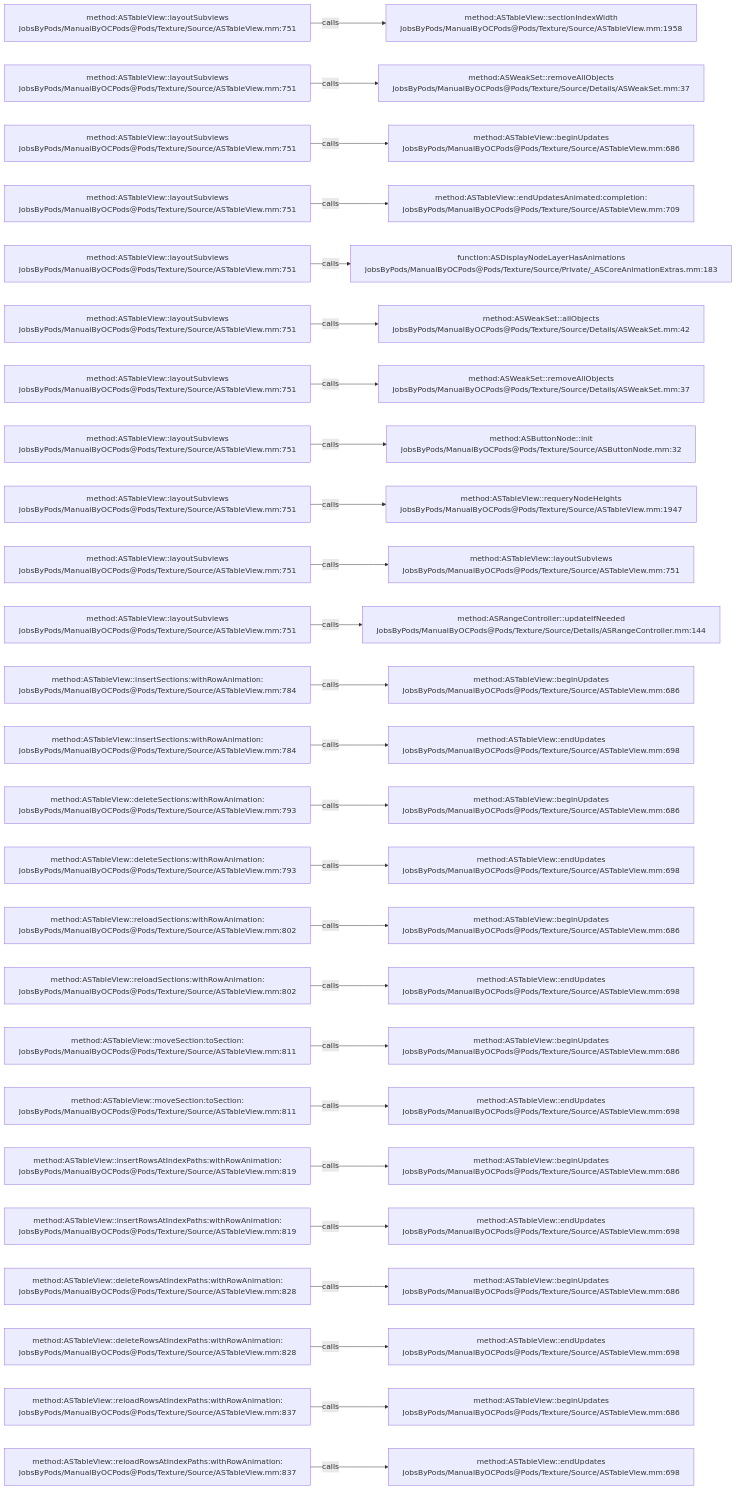
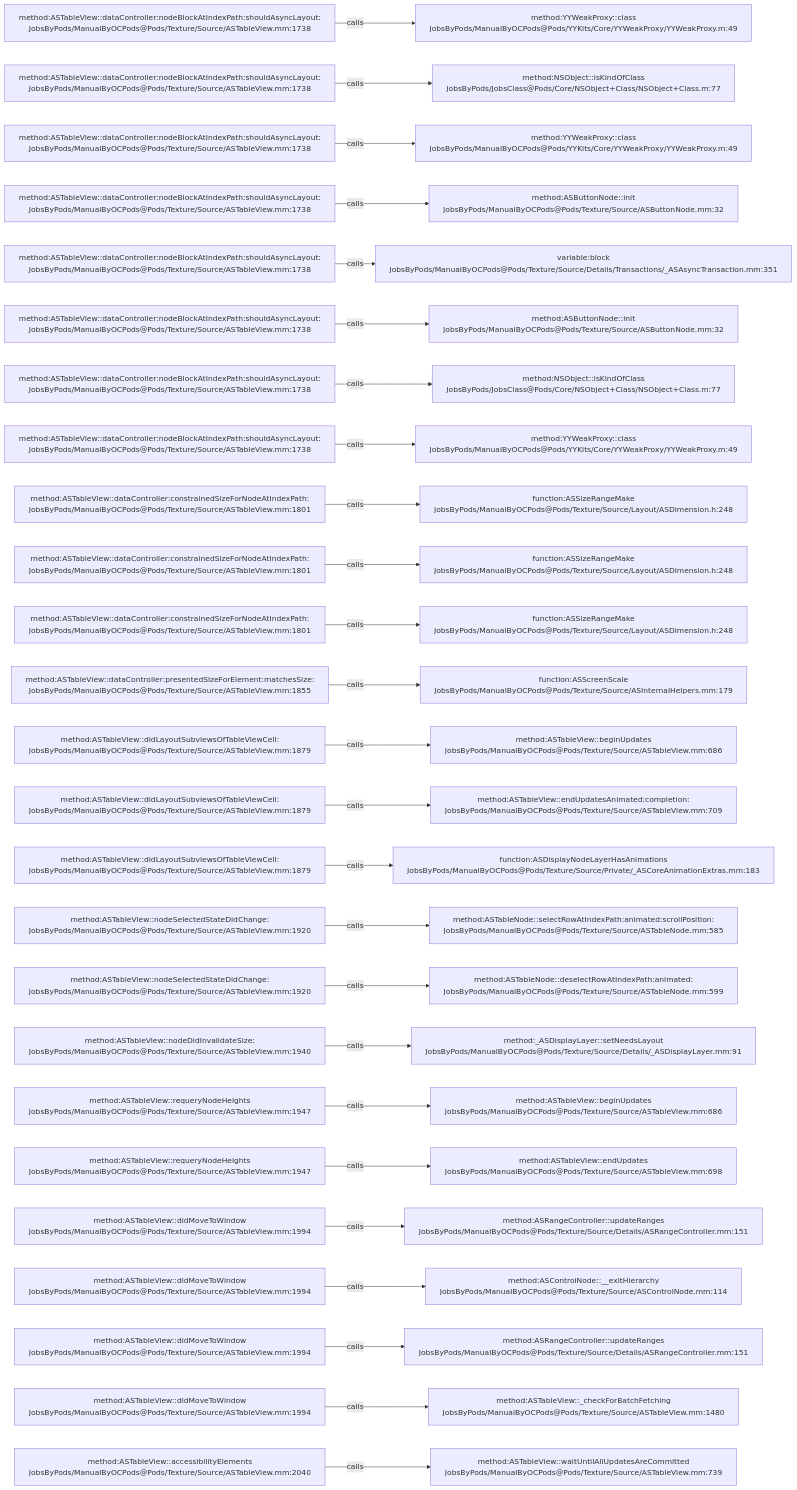
Before and after one commit to JobsKits/JobsOCBaseConfigDemo: the diagram in .codegraph/codegraph.md/graphs/calls-129.md, drawn with Mermaid. The commit also changed 1353 other files, not shown here.

````diff
--- a/.codegraph/codegraph.md/graphs/calls-129.md
+++ b/.codegraph/codegraph.md/graphs/calls-129.md
@@ -13,78 +13,78 @@
 ```mermaid
 flowchart LR
-  S1["method:ASTableView::layoutSubviews<br/>JobsByPods/ManualByOCPods@Pods/Texture/Source/ASTableView.mm:751"]
-  T1["method:ASTableView::sectionIndexWidth<br/>JobsByPods/ManualByOCPods@Pods/Texture/Source/ASTableView.mm:1958"]
+  S1["method:ASTableView::dataController:nodeBlockAtIndexPath:shouldAsyncLayout:<br/>JobsByPods/ManualByOCPods@Pods/Texture/Source/ASTableView.mm:1738"]
+  T1["method:YYWeakProxy::class<br/>JobsByPods/ManualByOCPods@Pods/YYKits/Core/YYWeakProxy/YYWeakProxy.m:49"]
   S1 -->|calls| T1
-  S2["method:ASTableView::layoutSubviews<br/>JobsByPods/ManualByOCPods@Pods/Texture/Source/ASTableView.mm:751"]
-  T2["method:ASWeakSet::removeAllObjects<br/>JobsByPods/ManualByOCPods@Pods/Texture/Source/Details/ASWeakSet.mm:37"]
+  S2["method:ASTableView::dataController:nodeBlockAtIndexPath:shouldAsyncLayout:<br/>JobsByPods/ManualByOCPods@Pods/Texture/Source/ASTableView.mm:1738"]
+  T2["method:NSObject::isKindOfClass<br/>JobsByPods/JobsClass@Pods/Core/NSObject+Class/NSObject+Class.m:77"]
   S2 -->|calls| T2
-  S3["method:ASTableView::layoutSubviews<br/>JobsByPods/ManualByOCPods@Pods/Texture/Source/ASTableView.mm:751"]
-  T3["method:ASTableView::beginUpdates<br/>JobsByPods/ManualByOCPods@Pods/Texture/Source/ASTableView.mm:686"]
+  S3["method:ASTableView::dataController:nodeBlockAtIndexPath:shouldAsyncLayout:<br/>JobsByPods/ManualByOCPods@Pods/Texture/Source/ASTableView.mm:1738"]
+  T3["method:YYWeakProxy::class<br/>JobsByPods/ManualByOCPods@Pods/YYKits/Core/YYWeakProxy/YYWeakProxy.m:49"]
   S3 -->|calls| T3
-  S4["method:ASTableView::layoutSubviews<br/>JobsByPods/ManualByOCPods@Pods/Texture/Source/ASTableView.mm:751"]
-  T4["method:ASTableView::endUpdatesAnimated:completion:<br/>JobsByPods/ManualByOCPods@Pods/Texture/Source/ASTableView.mm:709"]
+  S4["method:ASTableView::dataController:nodeBlockAtIndexPath:shouldAsyncLayout:<br/>JobsByPods/ManualByOCPods@Pods/Texture/Source/ASTableView.mm:1738"]
+  T4["method:ASButtonNode::init<br/>JobsByPods/ManualByOCPods@Pods/Texture/Source/ASButtonNode.mm:32"]
   S4 -->|calls| T4
-  S5["method:ASTableView::layoutSubviews<br/>JobsByPods/ManualByOCPods@Pods/Texture/Source/ASTableView.mm:751"]
-  T5["function:ASDisplayNodeLayerHasAnimations<br/>JobsByPods/ManualByOCPods@Pods/Texture/Source/Private/_ASCoreAnimationExtras.mm:183"]
+  S5["method:ASTableView::dataController:nodeBlockAtIndexPath:shouldAsyncLayout:<br/>JobsByPods/ManualByOCPods@Pods/Texture/Source/ASTableView.mm:1738"]
+  T5["variable:block<br/>JobsByPods/ManualByOCPods@Pods/Texture/Source/Details/Transactions/_ASAsyncTransaction.mm:351"]
   S5 -->|calls| T5
-  S6["method:ASTableView::layoutSubviews<br/>JobsByPods/ManualByOCPods@Pods/Texture/Source/ASTableView.mm:751"]
-  T6["method:ASWeakSet::allObjects<br/>JobsByPods/ManualByOCPods@Pods/Texture/Source/Details/ASWeakSet.mm:42"]
+  S6["method:ASTableView::dataController:nodeBlockAtIndexPath:shouldAsyncLayout:<br/>JobsByPods/ManualByOCPods@Pods/Texture/Source/ASTableView.mm:1738"]
+  T6["method:ASButtonNode::init<br/>JobsByPods/ManualByOCPods@Pods/Texture/Source/ASButtonNode.mm:32"]
   S6 -->|calls| T6
-  S7["method:ASTableView::layoutSubviews<br/>JobsByPods/ManualByOCPods@Pods/Texture/Source/ASTableView.mm:751"]
-  T7["method:ASWeakSet::removeAllObjects<br/>JobsByPods/ManualByOCPods@Pods/Texture/Source/Details/ASWeakSet.mm:37"]
+  S7["method:ASTableView::dataController:nodeBlockAtIndexPath:shouldAsyncLayout:<br/>JobsByPods/ManualByOCPods@Pods/Texture/Source/ASTableView.mm:1738"]
+  T7["method:NSObject::isKindOfClass<br/>JobsByPods/JobsClass@Pods/Core/NSObject+Class/NSObject+Class.m:77"]
   S7 -->|calls| T7
-  S8["method:ASTableView::layoutSubviews<br/>JobsByPods/ManualByOCPods@Pods/Texture/Source/ASTableView.mm:751"]
-  T8["method:ASButtonNode::init<br/>JobsByPods/ManualByOCPods@Pods/Texture/Source/ASButtonNode.mm:32"]
+  S8["method:ASTableView::dataController:nodeBlockAtIndexPath:shouldAsyncLayout:<br/>JobsByPods/ManualByOCPods@Pods/Texture/Source/ASTableView.mm:1738"]
+  T8["method:YYWeakProxy::class<br/>JobsByPods/ManualByOCPods@Pods/YYKits/Core/YYWeakProxy/YYWeakProxy.m:49"]
   S8 -->|calls| T8
-  S9["method:ASTableView::layoutSubviews<br/>JobsByPods/ManualByOCPods@Pods/Texture/Source/ASTableView.mm:751"]
-  T9["method:ASTableView::requeryNodeHeights<br/>JobsByPods/ManualByOCPods@Pods/Texture/Source/ASTableView.mm:1947"]
+  S9["method:ASTableView::dataController:constrainedSizeForNodeAtIndexPath:<br/>JobsByPods/ManualByOCPods@Pods/Texture/Source/ASTableView.mm:1801"]
+  T9["function:ASSizeRangeMake<br/>JobsByPods/ManualByOCPods@Pods/Texture/Source/Layout/ASDimension.h:248"]
   S9 -->|calls| T9
-  S10["method:ASTableView::layoutSubviews<br/>JobsByPods/ManualByOCPods@Pods/Texture/Source/ASTableView.mm:751"]
-  T10["method:ASTableView::layoutSubviews<br/>JobsByPods/ManualByOCPods@Pods/Texture/Source/ASTableView.mm:751"]
+  S10["method:ASTableView::dataController:constrainedSizeForNodeAtIndexPath:<br/>JobsByPods/ManualByOCPods@Pods/Texture/Source/ASTableView.mm:1801"]
+  T10["function:ASSizeRangeMake<br/>JobsByPods/ManualByOCPods@Pods/Texture/Source/Layout/ASDimension.h:248"]
   S10 -->|calls| T10
-  S11["method:ASTableView::layoutSubviews<br/>JobsByPods/ManualByOCPods@Pods/Texture/Source/ASTableView.mm:751"]
-  T11["method:ASRangeController::updateIfNeeded<br/>JobsByPods/ManualByOCPods@Pods/Texture/Source/Details/ASRangeController.mm:144"]
+  S11["method:ASTableView::dataController:constrainedSizeForNodeAtIndexPath:<br/>JobsByPods/ManualByOCPods@Pods/Texture/Source/ASTableView.mm:1801"]
+  T11["function:ASSizeRangeMake<br/>JobsByPods/ManualByOCPods@Pods/Texture/Source/Layout/ASDimension.h:248"]
   S11 -->|calls| T11
-  S12["method:ASTableView::insertSections:withRowAnimation:<br/>JobsByPods/ManualByOCPods@Pods/Texture/Source/ASTableView.mm:784"]
-  T12["method:ASTableView::beginUpdates<br/>JobsByPods/ManualByOCPods@Pods/Texture/Source/ASTableView.mm:686"]
+  S12["method:ASTableView::dataController:presentedSizeForElement:matchesSize:<br/>JobsByPods/ManualByOCPods@Pods/Texture/Source/ASTableView.mm:1855"]
+  T12["function:ASScreenScale<br/>JobsByPods/ManualByOCPods@Pods/Texture/Source/ASInternalHelpers.mm:179"]
   S12 -->|calls| T12
-  S13["method:ASTableView::insertSections:withRowAnimation:<br/>JobsByPods/ManualByOCPods@Pods/Texture/Source/ASTableView.mm:784"]
-  T13["method:ASTableView::endUpdates<br/>JobsByPods/ManualByOCPods@Pods/Texture/Source/ASTableView.mm:698"]
+  S13["method:ASTableView::didLayoutSubviewsOfTableViewCell:<br/>JobsByPods/ManualByOCPods@Pods/Texture/Source/ASTableView.mm:1879"]
+  T13["method:ASTableView::beginUpdates<br/>JobsByPods/ManualByOCPods@Pods/Texture/Source/ASTableView.mm:686"]
   S13 -->|calls| T13
-  S14["method:ASTableView::deleteSections:withRowAnimation:<br/>JobsByPods/ManualByOCPods@Pods/Texture/Source/ASTableView.mm:793"]
-  T14["method:ASTableView::beginUpdates<br/>JobsByPods/ManualByOCPods@Pods/Texture/Source/ASTableView.mm:686"]
+  S14["method:ASTableView::didLayoutSubviewsOfTableViewCell:<br/>JobsByPods/ManualByOCPods@Pods/Texture/Source/ASTableView.mm:1879"]
+  T14["method:ASTableView::endUpdatesAnimated:completion:<br/>JobsByPods/ManualByOCPods@Pods/Texture/Source/ASTableView.mm:709"]
   S14 -->|calls| T14
-  S15["method:ASTableView::deleteSections:withRowAnimation:<br/>JobsByPods/ManualByOCPods@Pods/Texture/Source/ASTableView.mm:793"]
-  T15["method:ASTableView::endUpdates<br/>JobsByPods/ManualByOCPods@Pods/Texture/Source/ASTableView.mm:698"]
+  S15["method:ASTableView::didLayoutSubviewsOfTableViewCell:<br/>JobsByPods/ManualByOCPods@Pods/Texture/Source/ASTableView.mm:1879"]
+  T15["function:ASDisplayNodeLayerHasAnimations<br/>JobsByPods/ManualByOCPods@Pods/Texture/Source/Private/_ASCoreAnimationExtras.mm:183"]
   S15 -->|calls| T15
-  S16["method:ASTableView::reloadSections:withRowAnimation:<br/>JobsByPods/ManualByOCPods@Pods/Texture/Source/ASTableView.mm:802"]
-  T16["method:ASTableView::beginUpdates<br/>JobsByPods/ManualByOCPods@Pods/Texture/Source/ASTableView.mm:686"]
+  S16["method:ASTableView::nodeSelectedStateDidChange:<br/>JobsByPods/ManualByOCPods@Pods/Texture/Source/ASTableView.mm:1920"]
+  T16["method:ASTableNode::selectRowAtIndexPath:animated:scrollPosition:<br/>JobsByPods/ManualByOCPods@Pods/Texture/Source/ASTableNode.mm:585"]
   S16 -->|calls| T16
-  S17["method:ASTableView::reloadSections:withRowAnimation:<br/>JobsByPods/ManualByOCPods@Pods/Texture/Source/ASTableView.mm:802"]
-  T17["method:ASTableView::endUpdates<br/>JobsByPods/ManualByOCPods@Pods/Texture/Source/ASTableView.mm:698"]
+  S17["method:ASTableView::nodeSelectedStateDidChange:<br/>JobsByPods/ManualByOCPods@Pods/Texture/Source/ASTableView.mm:1920"]
+  T17["method:ASTableNode::deselectRowAtIndexPath:animated:<br/>JobsByPods/ManualByOCPods@Pods/Texture/Source/ASTableNode.mm:599"]
   S17 -->|calls| T17
-  S18["method:ASTableView::moveSection:toSection:<br/>JobsByPods/ManualByOCPods@Pods/Texture/Source/ASTableView.mm:811"]
-  T18["method:ASTableView::beginUpdates<br/>JobsByPods/ManualByOCPods@Pods/Texture/Source/ASTableView.mm:686"]
+  S18["method:ASTableView::nodeDidInvalidateSize:<br/>JobsByPods/ManualByOCPods@Pods/Texture/Source/ASTableView.mm:1940"]
+  T18["method:_ASDisplayLayer::setNeedsLayout<br/>JobsByPods/ManualByOCPods@Pods/Texture/Source/Details/_ASDisplayLayer.mm:91"]
   S18 -->|calls| T18
-  S19["method:ASTableView::moveSection:toSection:<br/>JobsByPods/ManualByOCPods@Pods/Texture/Source/ASTableView.mm:811"]
-  T19["method:ASTableView::endUpdates<br/>JobsByPods/ManualByOCPods@Pods/Texture/Source/ASTableView.mm:698"]
+  S19["method:ASTableView::requeryNodeHeights<br/>JobsByPods/ManualByOCPods@Pods/Texture/Source/ASTableView.mm:1947"]
+  T19["method:ASTableView::beginUpdates<br/>JobsByPods/ManualByOCPods@Pods/Texture/Source/ASTableView.mm:686"]
   S19 -->|calls| T19
-  S20["method:ASTableView::insertRowsAtIndexPaths:withRowAnimation:<br/>JobsByPods/ManualByOCPods@Pods/Texture/Source/ASTableView.mm:819"]
-  T20["method:ASTableView::beginUpdates<br/>JobsByPods/ManualByOCPods@Pods/Texture/Source/ASTableView.mm:686"]
+  S20["method:ASTableView::requeryNodeHeights<br/>JobsByPods/ManualByOCPods@Pods/Texture/Source/ASTableView.mm:1947"]
+  T20["method:ASTableView::endUpdates<br/>JobsByPods/ManualByOCPods@Pods/Texture/Source/ASTableView.mm:698"]
   S20 -->|calls| T20
-  S21["method:ASTableView::insertRowsAtIndexPaths:withRowAnimation:<br/>JobsByPods/ManualByOCPods@Pods/Texture/Source/ASTableView.mm:819"]
-  T21["method:ASTableView::endUpdates<br/>JobsByPods/ManualByOCPods@Pods/Texture/Source/ASTableView.mm:698"]
+  S21["method:ASTableView::didMoveToWindow<br/>JobsByPods/ManualByOCPods@Pods/Texture/Source/ASTableView.mm:1994"]
+  T21["method:ASRangeController::updateRanges<br/>JobsByPods/ManualByOCPods@Pods/Texture/Source/Details/ASRangeController.mm:151"]
   S21 -->|calls| T21
-  S22["method:ASTableView::deleteRowsAtIndexPaths:withRowAnimation:<br/>JobsByPods/ManualByOCPods@Pods/Texture/Source/ASTableView.mm:828"]
-  T22["method:ASTableView::beginUpdates<br/>JobsByPods/ManualByOCPods@Pods/Texture/Source/ASTableView.mm:686"]
+  S22["method:ASTableView::didMoveToWindow<br/>JobsByPods/ManualByOCPods@Pods/Texture/Source/ASTableView.mm:1994"]
+  T22["method:ASControlNode::__exitHierarchy<br/>JobsByPods/ManualByOCPods@Pods/Texture/Source/ASControlNode.mm:114"]
   S22 -->|calls| T22
-  S23["method:ASTableView::deleteRowsAtIndexPaths:withRowAnimation:<br/>JobsByPods/ManualByOCPods@Pods/Texture/Source/ASTableView.mm:828"]
-  T23["method:ASTableView::endUpdates<br/>JobsByPods/ManualByOCPods@Pods/Texture/Source/ASTableView.mm:698"]
+  S23["method:ASTableView::didMoveToWindow<br/>JobsByPods/ManualByOCPods@Pods/Texture/Source/ASTableView.mm:1994"]
+  T23["method:ASRangeController::updateRanges<br/>JobsByPods/ManualByOCPods@Pods/Texture/Source/Details/ASRangeController.mm:151"]
   S23 -->|calls| T23
-  S24["method:ASTableView::reloadRowsAtIndexPaths:withRowAnimation:<br/>JobsByPods/ManualByOCPods@Pods/Texture/Source/ASTableView.mm:837"]
-  T24["method:ASTableView::beginUpdates<br/>JobsByPods/ManualByOCPods@Pods/Texture/Source/ASTableView.mm:686"]
+  S24["method:ASTableView::didMoveToWindow<br/>JobsByPods/ManualByOCPods@Pods/Texture/Source/ASTableView.mm:1994"]
+  T24["method:ASTableView::_checkForBatchFetching<br/>JobsByPods/ManualByOCPods@Pods/Texture/Source/ASTableView.mm:1480"]
   S24 -->|calls| T24
-  S25["method:ASTableView::reloadRowsAtIndexPaths:withRowAnimation:<br/>JobsByPods/ManualByOCPods@Pods/Texture/Source/ASTableView.mm:837"]
-  T25["method:ASTableView::endUpdates<br/>JobsByPods/ManualByOCPods@Pods/Texture/Source/ASTableView.mm:698"]
+  S25["method:ASTableView::accessibilityElements<br/>JobsByPods/ManualByOCPods@Pods/Texture/Source/ASTableView.mm:2040"]
+  T25["method:ASTableView::waitUntilAllUpdatesAreCommitted<br/>JobsByPods/ManualByOCPods@Pods/Texture/Source/ASTableView.mm:739"]
   S25 -->|calls| T25
 ```
````
